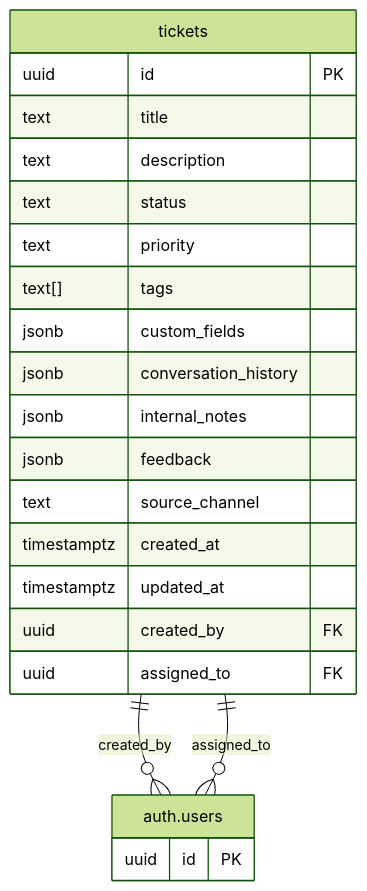
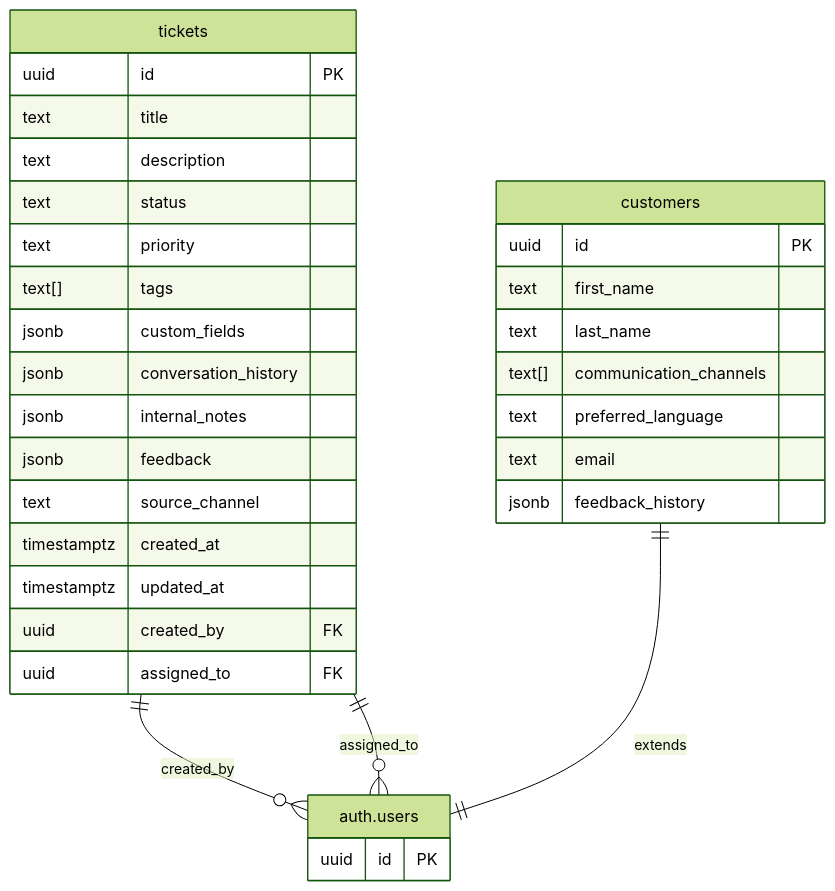
Before and after one commit to arpankg/zendesk-clone: the diagram in DATABASE.md, drawn with Mermaid (forest theme). The commit also changed other lines of this file and 1 other file, not shown here.

Commit message:
added customers table

````diff
--- a/DATABASE.md
+++ b/DATABASE.md
@@ -5,27 +5,38 @@
 ```mermaid
 erDiagram
     tickets {
         uuid id PK
         text title
         text description
         text status
         text priority
         text[] tags
         jsonb custom_fields
         jsonb conversation_history
         jsonb internal_notes
         jsonb feedback
         text source_channel
         timestamptz created_at
         timestamptz updated_at
         uuid created_by FK
         uuid assigned_to FK
     }
 
+    customers {
+        uuid id PK
+        text first_name
+        text last_name
+        text[] communication_channels
+        text preferred_language
+        text email
+        jsonb feedback_history
+    }
+
     auth.users {
         uuid id PK
     }
 
     tickets ||--o{ auth.users : "created_by"
     tickets ||--o{ auth.users : "assigned_to"
+    customers ||--|| auth.users : "extends"
 ```
````
